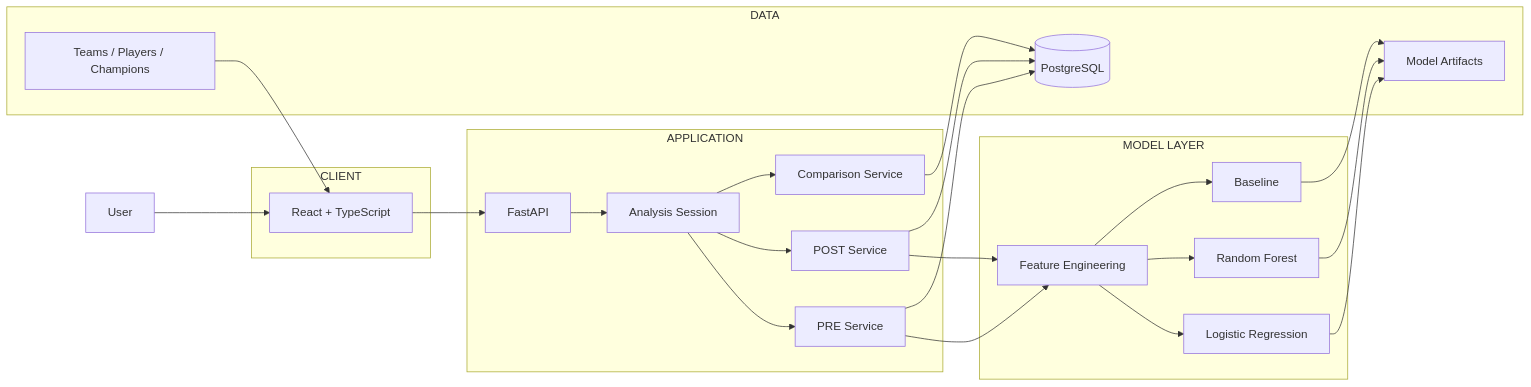
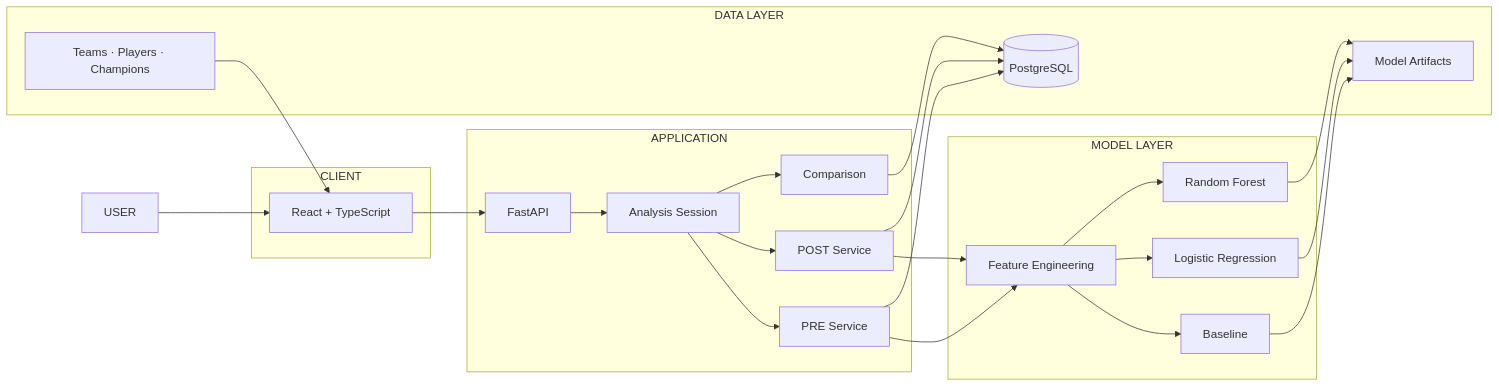
The diagram in README.md (ThinkLonk/lol-prepost-evaluator), drawn with Mermaid before and after one commit. The commit also changed other lines of this file, not shown here.

````diff
--- a/README.md
+++ b/README.md
@@ -277,54 +293,55 @@
 ```mermaid
 flowchart LR
-    User["User"]
+    USER["USER"]
 
-    subgraph Client["CLIENT"]
-        React["React + TypeScript"]
+    subgraph CLIENT["CLIENT"]
+        REACT["React + TypeScript"]
     end
 
-    subgraph Backend["APPLICATION"]
+    subgraph APPLICATION["APPLICATION"]
         API["FastAPI"]
-        Session["Analysis Session"]
+        SESSION["Analysis Session"]
         PRE["PRE Service"]
         POST["POST Service"]
-        Compare["Comparison Service"]
+        COMPARE["Comparison"]
     end
 
-    subgraph Intelligence["MODEL LAYER"]
-        Feature["Feature Engineering"]
+    subgraph MODEL["MODEL LAYER"]
+        FEATURES["Feature Engineering"]
+        BASE["Baseline"]
         LR["Logistic Regression"]
         RF["Random Forest"]
-        Base["Baseline"]
     end
 
-    subgraph Storage["DATA"]
+    subgraph DATA["DATA LAYER"]
         DB[("PostgreSQL")]
-        Models["Model Artifacts"]
-        Assets["Teams / Players / Champions"]
+        ARTIFACTS["Model Artifacts"]
+        ASSETS["Teams · Players · Champions"]
     end
 
-    User --> React
-    React --> API
+    USER --> REACT
+    REACT --> API
 
-    API --> Session
-    Session --> PRE
-    Session --> POST
-    Session --> Compare
+    API --> SESSION
 
-    PRE --> Feature
-    POST --> Feature
+    SESSION --> PRE
+    SESSION --> POST
+    SESSION --> COMPARE
 
-    Feature --> LR
-    Feature --> RF
-    Feature --> Base
+    PRE --> FEATURES
+    POST --> FEATURES
 
-    LR --> Models
-    RF --> Models
-    Base --> Models
+    FEATURES --> BASE
+    FEATURES --> LR
+    FEATURES --> RF
+
+    BASE --> ARTIFACTS
+    LR --> ARTIFACTS
+    RF --> ARTIFACTS
 
     PRE --> DB
     POST --> DB
-    Compare --> DB
+    COMPARE --> DB
 
-    Assets --> React
+    ASSETS --> REACT
 ```
````
